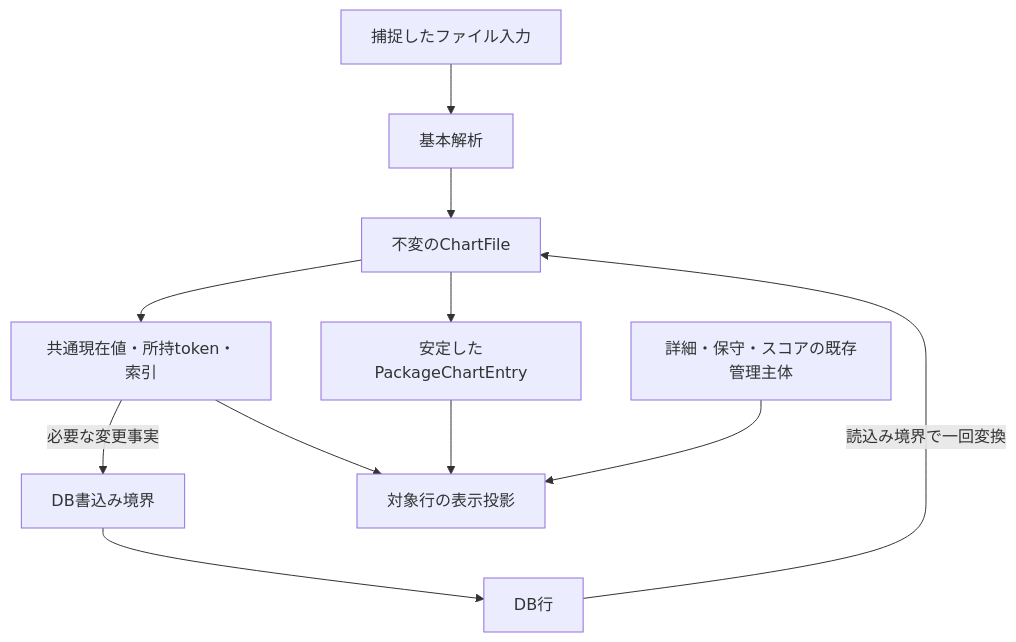
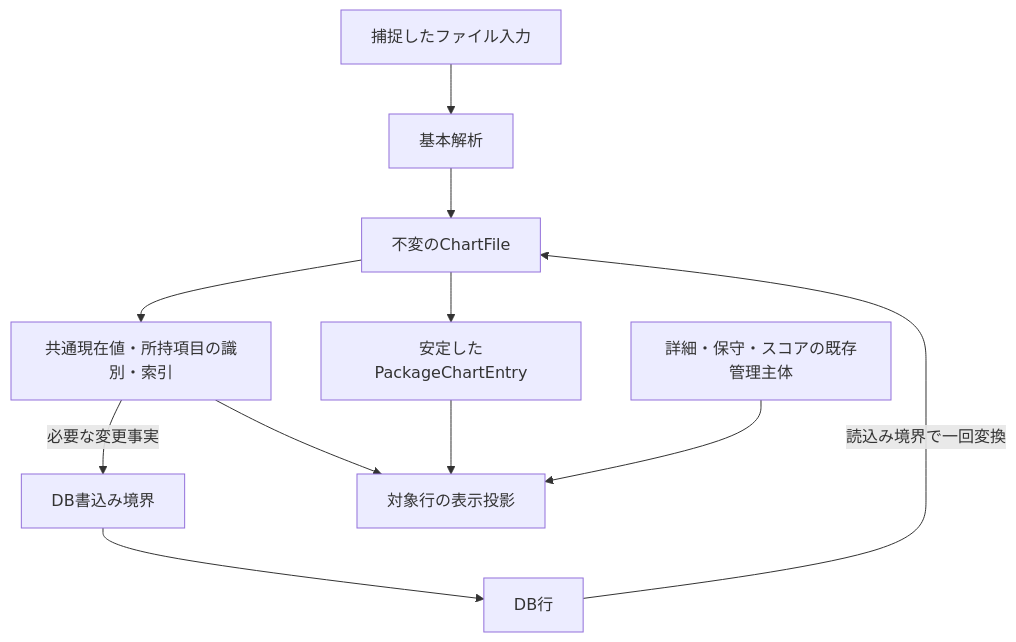
One commit to Neeted/bemusicseeker-unofficial-fork changed the diagram in devdocs/spec/library/chart-model.md. Above: the diagram before and after it, drawn with Mermaid. The commit also changed other lines of this file and 106 other files, not shown here.

````diff
--- a/devdocs/spec/library/chart-model.md
+++ b/devdocs/spec/library/chart-model.md
@@ -37,13 +37,13 @@
 ```mermaid
 flowchart TB
     Input["捕捉したファイル入力"] --> Parser["基本解析"]
     Parser --> Chart["不変のChartFile"]
     Db["DB行"] -->|読込み境界で一回変換| Chart
-    Chart --> Owned["共通現在値・所持token・索引"]
+    Chart --> Owned["共通現在値・所持項目の識別・索引"]
     Chart --> Entry["安定したPackageChartEntry"]
     Owned -->|必要な変更事実| Gateway["DB書込み境界"]
     Gateway --> Db
     Owned --> Row["対象行の表示投影"]
     Entry --> Row
     Specialist["詳細・保守・スコアの既存管理主体"] --> Row
 ```
````
